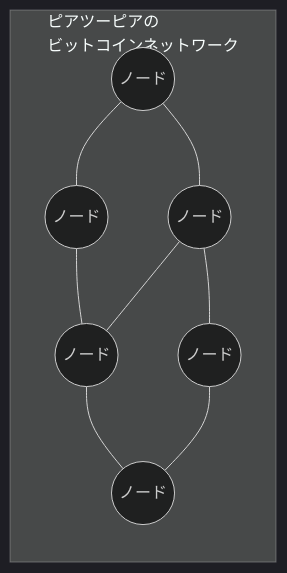
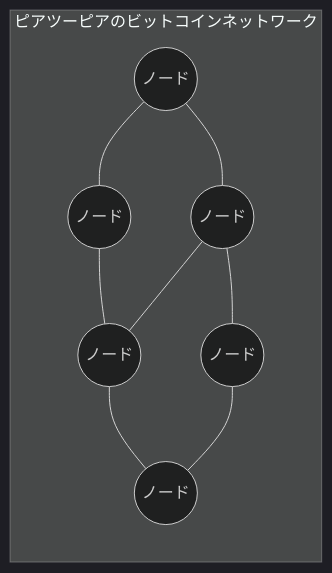
Before and after one commit to cypher256/BitcoinArchive: the first of 10 diagrams in src/data/translations/ja/analysis/2026-05-23-how-bitcoin-works-visual-glossary.md, drawn with Mermaid (dark theme). The commit also changed other lines of this file and 3 other files, not shown here.

First line of the commit message:
Mermaid labels: split per-diagram-type wrap policy + subgraph titles to single line

````diff
--- a/src/data/translations/ja/analysis/2026-05-23-how-bitcoin-works-visual-glossary.md
+++ b/src/data/translations/ja/analysis/2026-05-23-how-bitcoin-works-visual-glossary.md
@@ -51,18 +51,18 @@
 ```mermaid
 flowchart LR
-  subgraph P2P[ピアツーピアの<br/>ビットコインネットワーク]
+  subgraph P2P[ピアツーピアのビットコインネットワーク]
     N1((ノード))
     N2((ノード))
     N3((ノード))
     N4((ノード))
     N5((ノード))
     N6((ノード))
     N1 --- N2
     N1 --- N3
     N2 --- N4
     N3 --- N4
     N3 --- N5
     N4 --- N6
     N5 --- N6
   end
 ```
````
